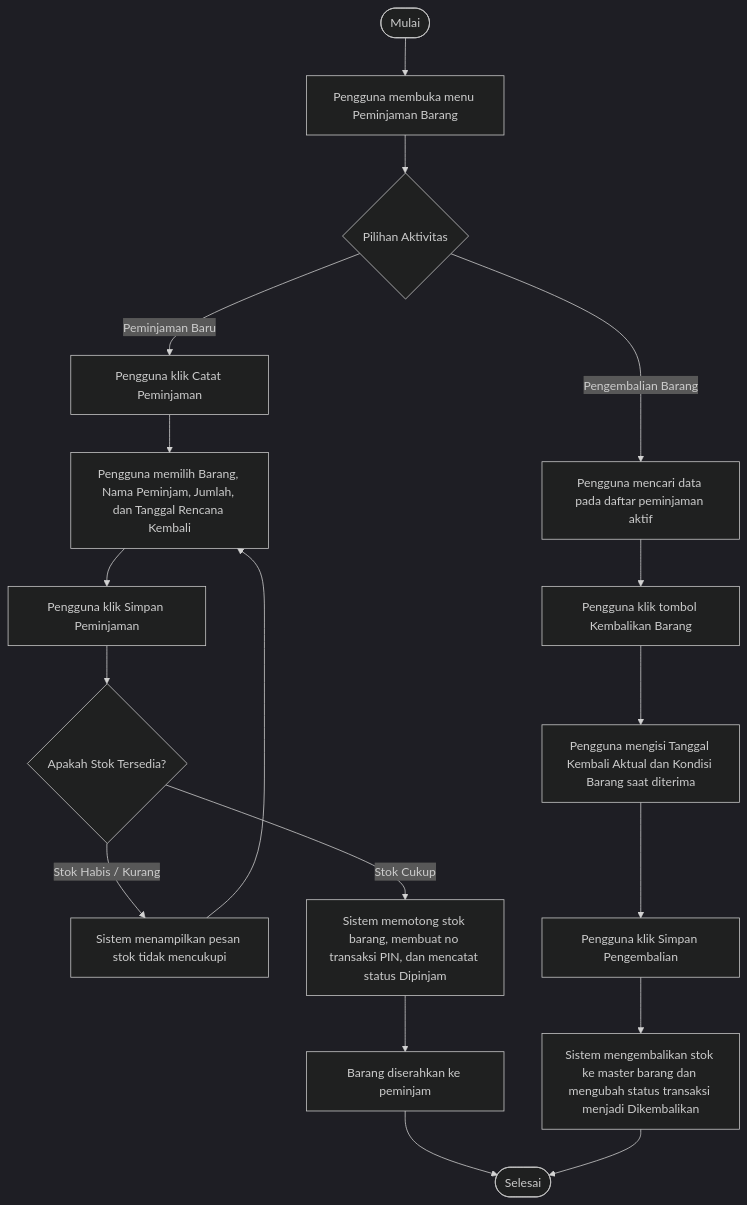
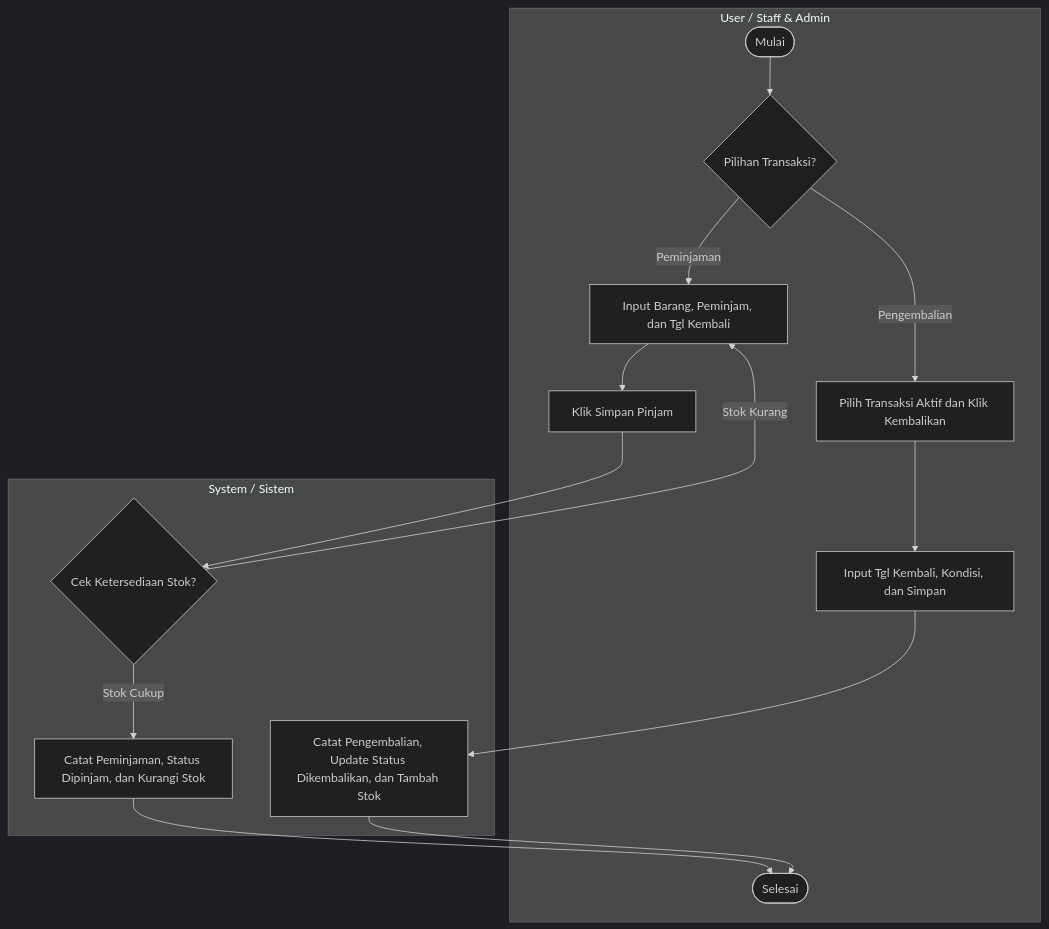
The fourth of 10 diagrams in DOKUMENTASI_UML_LENGKAP.md (dimasdekka/inventory-manajement-yintong), drawn with Mermaid (dark theme) before and after one commit. The commit also changed other lines of this file, not shown here.

Commit message:
docs: add complete draw.io XML swimlanes for all 5 activity diagrams

````diff
--- a/DOKUMENTASI_UML_LENGKAP.md
+++ b/DOKUMENTASI_UML_LENGKAP.md
@@ -346,25 +389,20 @@
 ```mermaid
 flowchart TD
-    Start([Mulai]) --> D1[Pengguna membuka menu Peminjaman Barang]
-    D1 --> D2{Pilihan Aktivitas}
-    
-    %% Alur Pinjam
-    D2 -- Peminjaman Baru --> D3[Pengguna klik Catat Peminjaman]
-    D3 --> D4[Pengguna memilih Barang, Nama Peminjam, Jumlah, dan Tanggal Rencana Kembali]
-    D4 --> D5[Pengguna klik Simpan Peminjaman]
-    D5 --> D6{Apakah Stok Tersedia?}
-    D6 -- Stok Habis / Kurang --> D7[Sistem menampilkan pesan stok tidak mencukupi]
-    D7 --> D4
-    D6 -- Stok Cukup --> D8[Sistem memotong stok barang, membuat no transaksi PIN, dan mencatat status Dipinjam]
-    D8 --> D9[Barang diserahkan ke peminjam]
+    subgraph User [User / Staff & Admin]
+        Start4([Mulai]) --> U4_Dec{Pilihan Transaksi?}
+        U4_Dec -- Peminjaman --> U4_P1[Input Barang, Peminjam, dan Tgl Kembali]
+        U4_P1 --> U4_P2[Klik Simpan Pinjam]
+        U4_Dec -- Pengembalian --> U4_K1[Pilih Transaksi Aktif dan Klik Kembalikan]
+        U4_K1 --> U4_K2[Input Tgl Kembali, Kondisi, dan Simpan]
+        End4([Selesai])
+    end
 
-    %% Alur Kembali
-    D2 -- Pengembalian Barang --> D10[Pengguna mencari data pada daftar peminjaman aktif]
-    D10 --> D11[Pengguna klik tombol Kembalikan Barang]
-    D11 --> D12[Pengguna mengisi Tanggal Kembali Aktual dan Kondisi Barang saat diterima]
-    D12 --> D13[Pengguna klik Simpan Pengembalian]
-    D13 --> D14[Sistem mengembalikan stok ke master barang dan mengubah status transaksi menjadi Dikembalikan]
-    
-    D9 --> End([Selesai])
-    D14 --> End
+    subgraph System [System / Sistem]
+        U4_P2 --> S4_Dec{Cek Ketersediaan Stok?}
+        S4_Dec -- Stok Kurang --> U4_P1
+        S4_Dec -- Stok Cukup --> S4_P1[Catat Peminjaman, Status Dipinjam, dan Kurangi Stok]
+        S4_P1 --> End4
+        U4_K2 --> S4_K1[Catat Pengembalian, Update Status Dikembalikan, dan Tambah Stok]
+        S4_K1 --> End4
+    end
 ```
````
